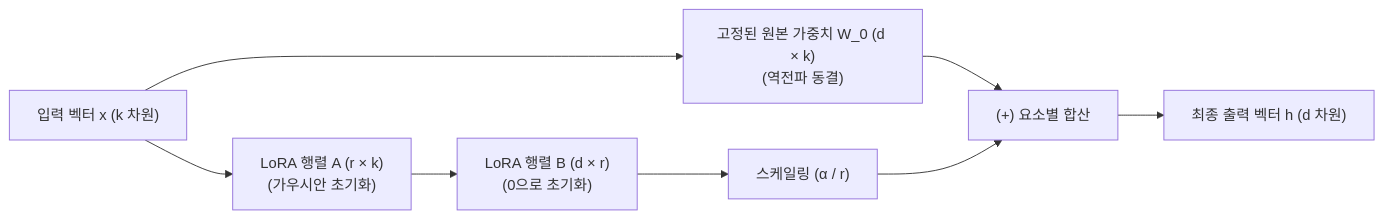
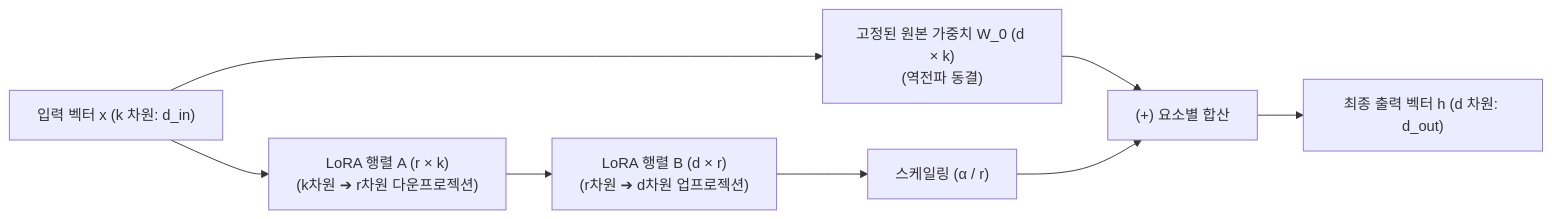
The second of 4 diagrams in chapter-qa/ch07-fine-tuning-qa/03-peft-lora-and-qlora.md (sing-u8/AI-Engineering), drawn with Mermaid before and after one commit. The commit also changed other lines of this file, not shown here.

````diff
--- a/chapter-qa/ch07-fine-tuning-qa/03-peft-lora-and-qlora.md
+++ b/chapter-qa/ch07-fine-tuning-qa/03-peft-lora-and-qlora.md
@@ -182,9 +186,9 @@
 ```mermaid
 flowchart LR
-    X["입력 벡터 x (k 차원)"] --> Freeze["고정된 원본 가중치 W_0 (d × k)\n(역전파 동결)"]
-    X --> A["LoRA 행렬 A (r × k)\n(가우시안 초기화)"]
-    A --> B["LoRA 행렬 B (d × r)\n(0으로 초기화)"]
+    X["입력 벡터 x (k 차원: d_in)"] --> Freeze["고정된 원본 가중치 W_0 (d × k)\n(역전파 동결)"]
+    X --> A["LoRA 행렬 A (r × k)\n(k차원 ➔ r차원 다운프로젝션)"]
+    A --> B["LoRA 행렬 B (d × r)\n(r차원 ➔ d차원 업프로젝션)"]
     B --> Scale["스케일링 (α / r)"]
     Freeze & Scale --> Sum["(+) 요소별 합산"]
-    Sum --> Output["최종 출력 벡터 h (d 차원)"]
+    Sum --> Output["최종 출력 벡터 h (d 차원: d_out)"]
 ```
````
